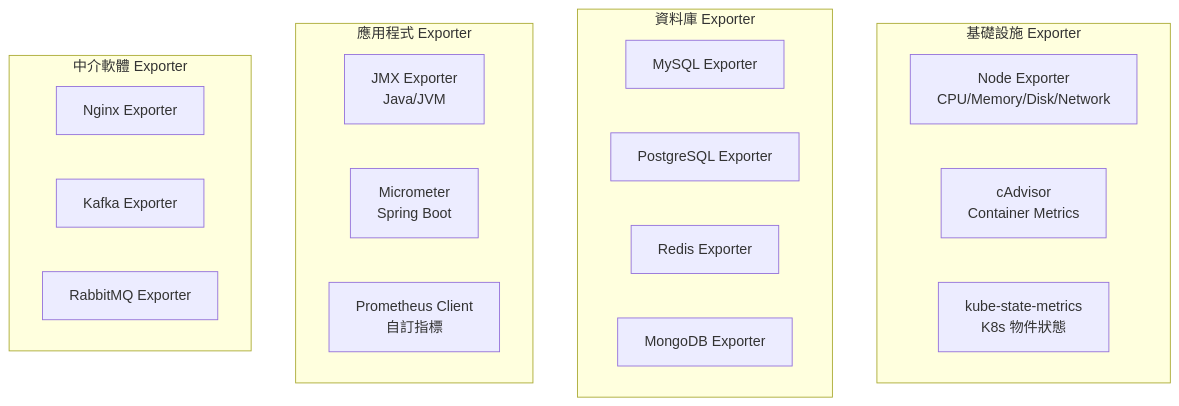
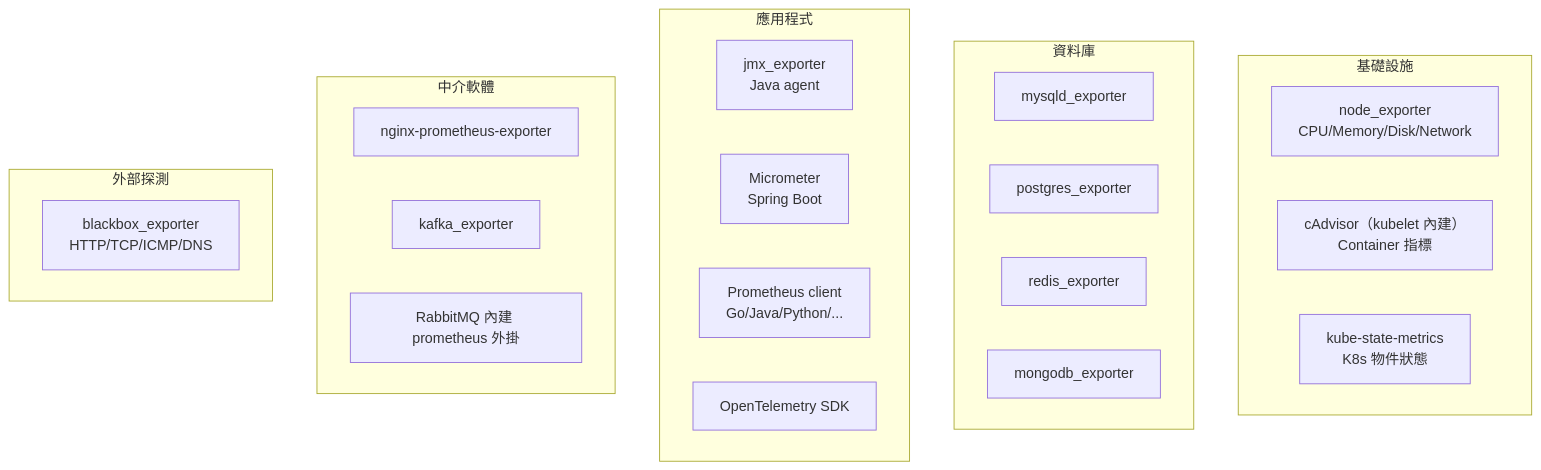
The tenth of 28 diagrams in content/posts/教學/工具/Metrics Visualization 教學手冊.md (chihhung/Blog), drawn with Mermaid before and after one commit. The commit also changed other lines of this file and 8 other files, not shown here.

````diff
--- a/content/posts/教學/工具/Metrics Visualization 教學手冊.md
+++ b/content/posts/教學/工具/Metrics Visualization 教學手冊.md
@@ -511,27 +954,32 @@
 ```mermaid
 flowchart TB
-    subgraph Infrastructure["基礎設施 Exporter"]
-        Node[Node Exporter<br/>CPU/Memory/Disk/Network]
-        cAdvisor[cAdvisor<br/>Container Metrics]
-        Kube[kube-state-metrics<br/>K8s 物件狀態]
+    subgraph Infrastructure["基礎設施"]
+        Node["node_exporter<br/>CPU/Memory/Disk/Network"]
+        cAdvisor["cAdvisor（kubelet 內建）<br/>Container 指標"]
+        Kube["kube-state-metrics<br/>K8s 物件狀態"]
     end
-    
-    subgraph Database["資料庫 Exporter"]
-        MySQL[MySQL Exporter]
-        Postgres[PostgreSQL Exporter]
-        Redis[Redis Exporter]
-        MongoDB[MongoDB Exporter]
+
+    subgraph Database["資料庫"]
+        MySQL["mysqld_exporter"]
+        Postgres["postgres_exporter"]
+        Redis["redis_exporter"]
+        MongoDB["mongodb_exporter"]
     end
-    
-    subgraph Application["應用程式 Exporter"]
-        JMX[JMX Exporter<br/>Java/JVM]
-        Micrometer[Micrometer<br/>Spring Boot]
-        Client[Prometheus Client<br/>自訂指標]
+
+    subgraph Application["應用程式"]
+        JMX["jmx_exporter<br/>Java agent"]
+        Micrometer["Micrometer<br/>Spring Boot"]
+        Client["Prometheus client<br/>Go/Java/Python/..."]
+        OTelSDK["OpenTelemetry SDK"]
     end
-    
-    subgraph Middleware["中介軟體 Exporter"]
-        Nginx[Nginx Exporter]
-        Kafka[Kafka Exporter]
-        RabbitMQ[RabbitMQ Exporter]
+
+    subgraph Middleware["中介軟體"]
+        Nginx["nginx-prometheus-exporter"]
+        Kafka["kafka_exporter"]
+        RabbitMQ["RabbitMQ 內建 prometheus 外掛"]
+    end
+
+    subgraph Probe["外部探測"]
+        Blackbox["blackbox_exporter<br/>HTTP/TCP/ICMP/DNS"]
     end
 ```
````
